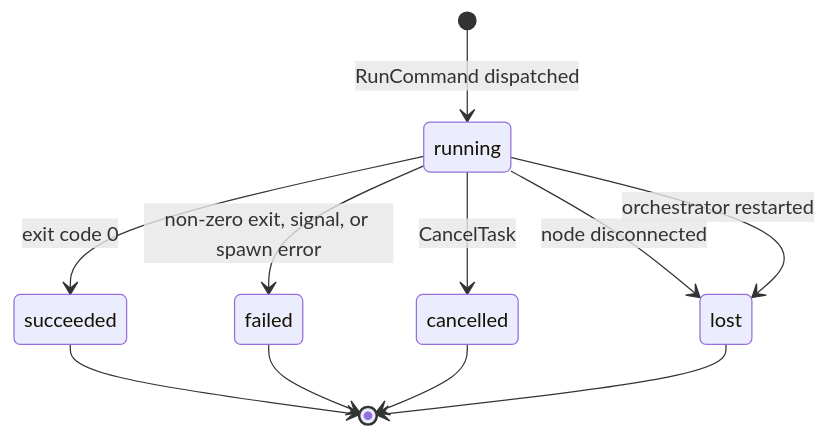
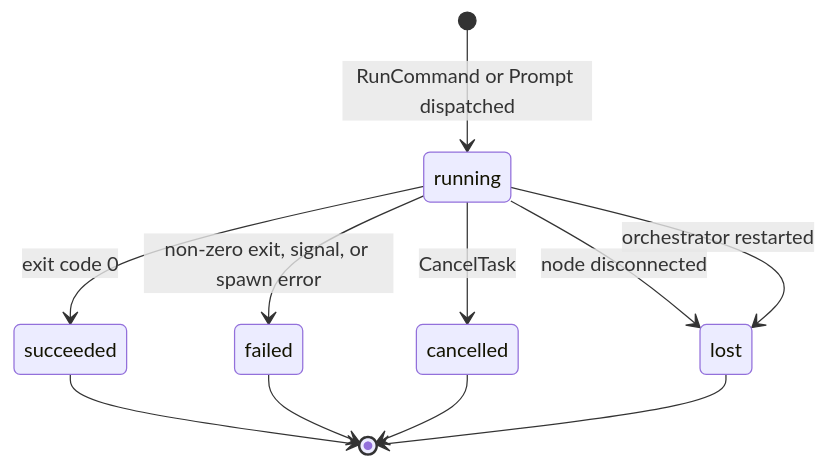
Before and after one commit to EwenSellitto/Commandant: the seventh of 8 diagrams in docs/architecture.md, drawn with Mermaid. The commit also changed other lines of this file and 31 other files, not shown here.

````diff
--- a/docs/architecture.md
+++ b/docs/architecture.md
@@ -186,13 +223,13 @@
 ```mermaid
 stateDiagram-v2
-    [*] --> running: RunCommand dispatched
+    [*] --> running: RunCommand or Prompt dispatched
     running --> succeeded: exit code 0
     running --> failed: non-zero exit, signal, or spawn error
     running --> cancelled: CancelTask
     running --> lost: node disconnected
     running --> lost: orchestrator restarted
     succeeded --> [*]
     failed --> [*]
     cancelled --> [*]
     lost --> [*]
 ```
````
